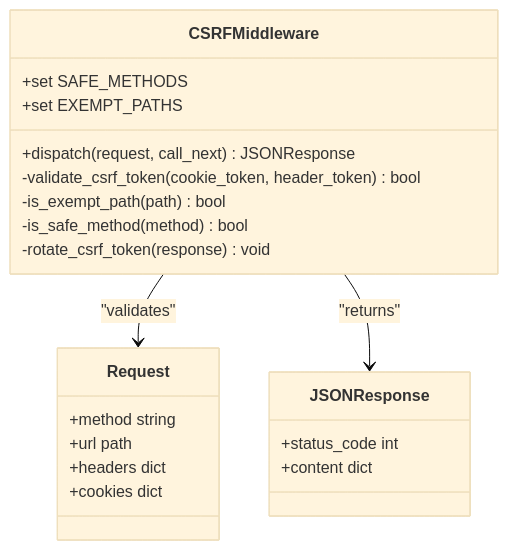
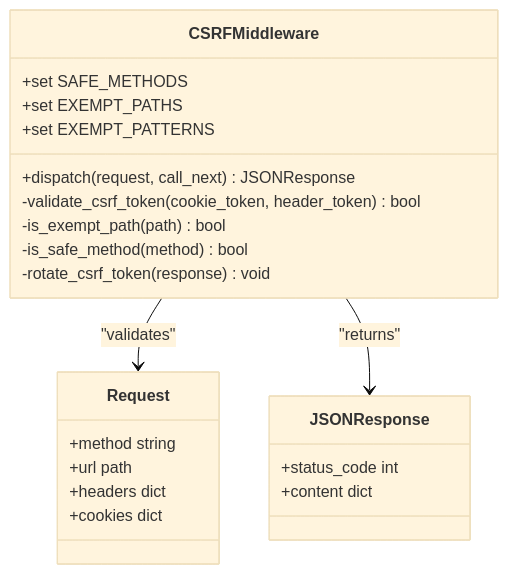
One commit to Revanththetalogics/aireume changed the second of 7 diagrams in .qoder/repowiki/en/content/Advanced Topics/Security Hardening/CSRF Protection Middleware.md. Above: the diagram before and after it, drawn with Mermaid (base theme). The commit also changed other lines of this file and 4 other files, not shown here.

````diff
--- a/.qoder/repowiki/en/content/Advanced Topics/Security Hardening/CSRF Protection Middleware.md
+++ b/.qoder/repowiki/en/content/Advanced Topics/Security Hardening/CSRF Protection Middleware.md
@@ -98,24 +105,25 @@
 ```mermaid
 classDiagram
 class CSRFMiddleware {
 +set SAFE_METHODS
 +set EXEMPT_PATHS
++set EXEMPT_PATTERNS
 +dispatch(request, call_next) JSONResponse
 -validate_csrf_token(cookie_token, header_token) bool
 -is_exempt_path(path) bool
 -is_safe_method(method) bool
 -rotate_csrf_token(response) void
 }
 class Request {
 +method string
 +url path
 +headers dict
 +cookies dict
 }
 class JSONResponse {
 +status_code int
 +content dict
 }
 CSRFMiddleware --> Request : "validates"
 CSRFMiddleware --> JSONResponse : "returns"
 ```
````
